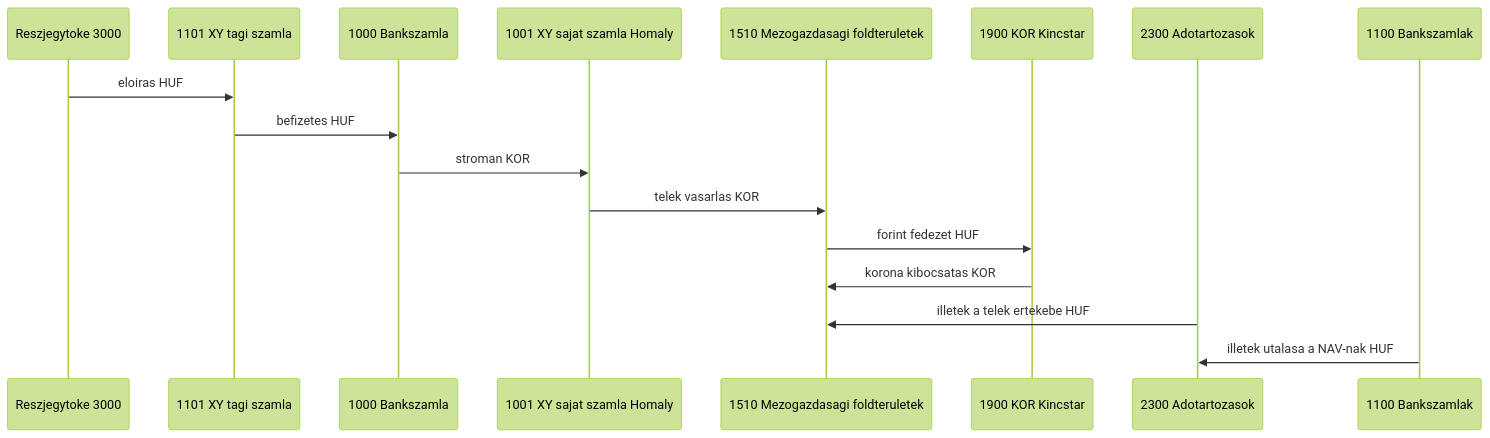
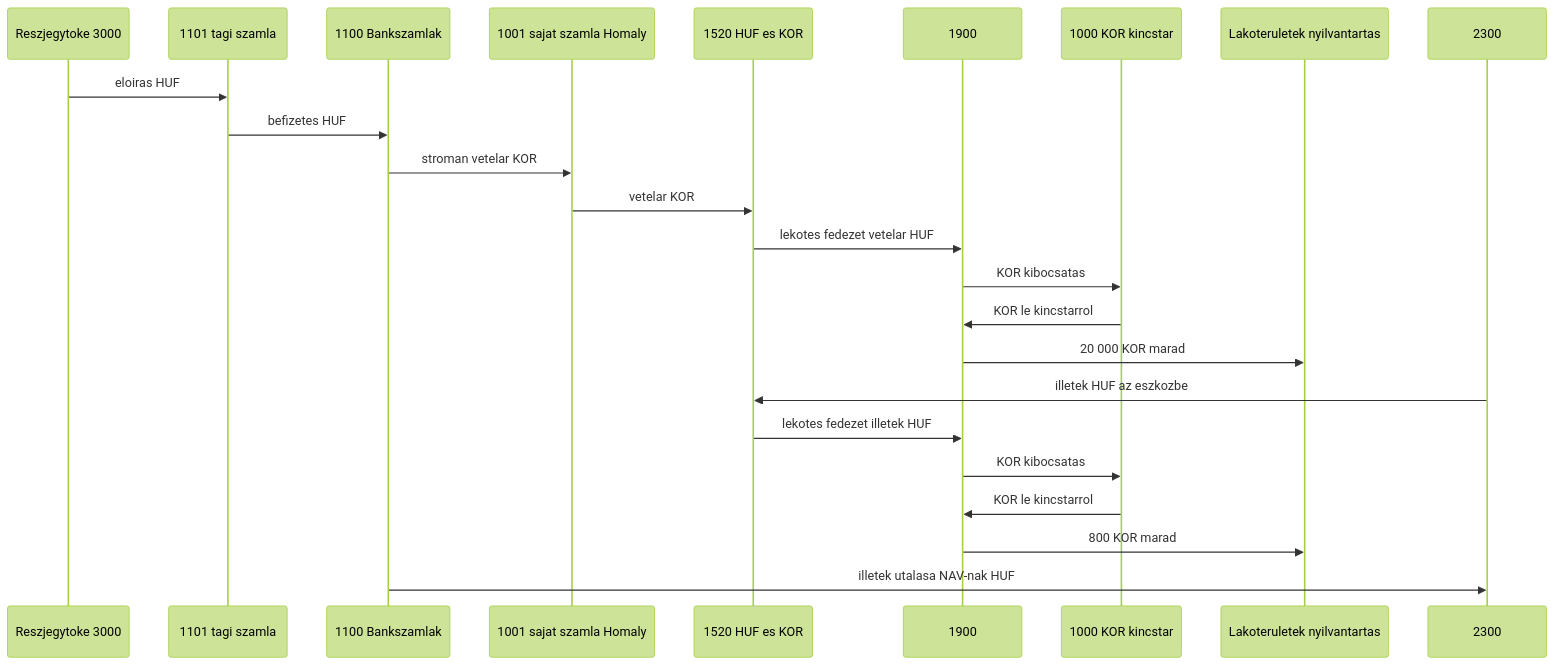
One commit to pitiboy/curr changed the fourth of 15 diagrams in docs/transaction-workflow.md. Above: the diagram before and after it, drawn with Mermaid (forest theme). The commit also changed other lines of this file and 2 other files, not shown here.

````diff
--- a/docs/transaction-workflow.md
+++ b/docs/transaction-workflow.md
@@ -239,20 +249,27 @@
 ```mermaid
 sequenceDiagram
   participant Toke as Reszjegytoke 3000
-  participant Tag as 1101 XY tagi szamla
-  participant Bank as 1000 Bankszamla
-  participant Sajat as 1001 XY sajat szamla Homaly
-  participant Fold as 1510 Mezogazdasagi foldteruletek
-  participant Kincstar as 1900 KOR Kincstar
-  participant Ado as 2300 Adotartozasok
-  participant Nav as 1100 Bankszamlak
+  participant Tag as 1101 tagi szamla
+  participant Bank as 1100 Bankszamlak
+  participant Sajat as 1001 sajat szamla Homaly
+  participant Ingatlan as 1520 HUF es KOR
+  participant Atv as 1900
+  participant Kt as 1000 KOR kincstar
+  participant Nyilv as Lakoteruletek nyilvantartas
+  participant Ado as 2300
 
   Toke->>Tag: eloiras HUF
   Tag->>Bank: befizetes HUF
-  Bank->>Sajat: stroman KOR
-  Sajat->>Fold: telek vasarlas KOR
-  Fold->>Kincstar: forint fedezet HUF
-  Kincstar->>Fold: korona kibocsatas KOR
-  Ado->>Fold: illetek a telek ertekebe HUF
-  Nav->>Ado: illetek utalasa a NAV-nak HUF
+  Bank->>Sajat: stroman vetelar KOR
+  Sajat->>Ingatlan: vetelar KOR
+  Ingatlan->>Atv: lekotes fedezet vetelar HUF
+  Atv->>Kt: KOR kibocsatas
+  Kt->>Atv: KOR le kincstarrol
+  Atv->>Nyilv: 20 000 KOR marad
+  Ado->>Ingatlan: illetek HUF az eszkozbe
+  Ingatlan->>Atv: lekotes fedezet illetek HUF
+  Atv->>Kt: KOR kibocsatas
+  Kt->>Atv: KOR le kincstarrol
+  Atv->>Nyilv: 800 KOR marad
+  Bank->>Ado: illetek utalasa NAV-nak HUF
 ```
````
